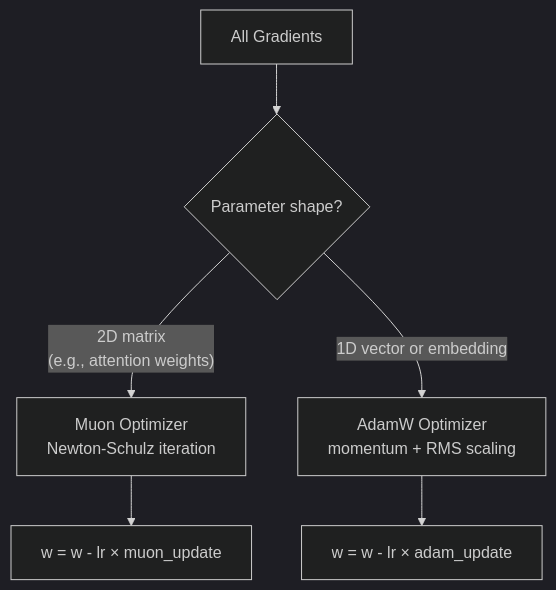
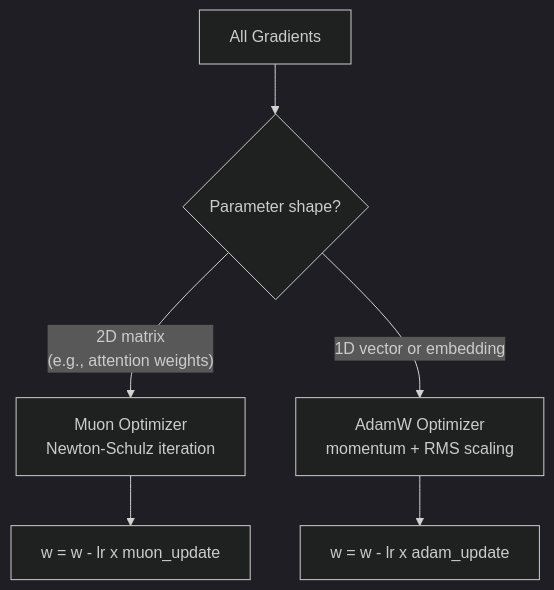
One commit to meever/nanochat changed the fifth of 6 diagrams in learn/11_quick_walkthrough.md. Above: the diagram before and after it, drawn with Mermaid (dark theme). The commit also changed other lines of this file and 11 other files, not shown here.

````diff
--- a/learn/11_quick_walkthrough.md
+++ b/learn/11_quick_walkthrough.md
@@ -349,8 +349,8 @@
 ```mermaid
 flowchart TD
     GRAD["All Gradients"] --> CHECK{"Parameter shape?"}
     CHECK -->|"2D matrix\n(e.g., attention weights)"| MUON["Muon Optimizer\nNewton-Schulz iteration"]
     CHECK -->|"1D vector or embedding"| ADAM["AdamW Optimizer\nmomentum + RMS scaling"]
-    MUON --> UPDATE1["w = w - lr × muon_update"]
-    ADAM --> UPDATE2["w = w - lr × adam_update"]
+    MUON --> UPDATE1["w = w - lr x muon_update"]
+    ADAM --> UPDATE2["w = w - lr x adam_update"]
 ```
````
